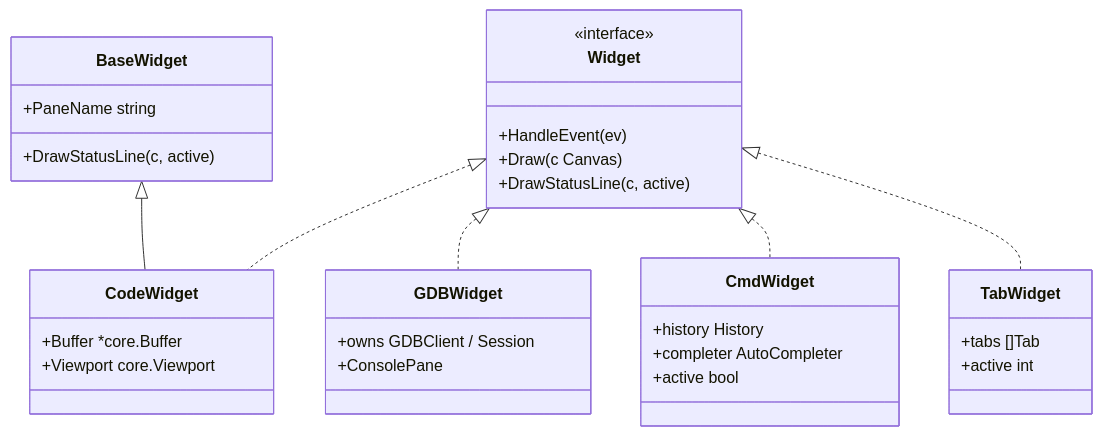
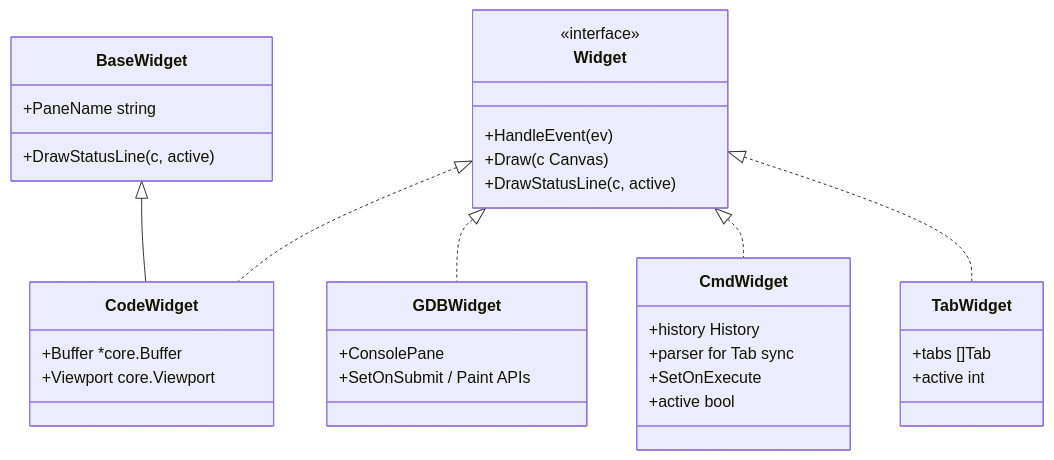
Before and after one commit to yairgd/gdbforge: the first of 7 diagrams in docs/UI_ARCHITECTURE.md, drawn with Mermaid. The commit also changed other lines of this file and 37 other files, not shown here.

First line of the commit message:
Refactor remaining panes to MVC and document the architecture.

````diff
--- a/docs/UI_ARCHITECTURE.md
+++ b/docs/UI_ARCHITECTURE.md
@@ -59,43 +59,44 @@
 ```mermaid
 classDiagram
     direction TB
 
     class Widget {
         <<interface>>
         +HandleEvent(ev)
         +Draw(c Canvas)
         +DrawStatusLine(c, active)
     }
 
     class BaseWidget {
         +PaneName string
         +DrawStatusLine(c, active)
     }
 
     class CodeWidget {
         +Buffer *core.Buffer
         +Viewport core.Viewport
     }
 
     class GDBWidget {
-        +owns GDBClient / Session
         +ConsolePane
+        +SetOnSubmit / Paint APIs
     }
 
     class CmdWidget {
         +history History
-        +completer AutoCompleter
+        +parser for Tab sync
+        +SetOnExecute
         +active bool
     }
 
     class TabWidget {
         +tabs []Tab
         +active int
     }
 
     Widget <|.. CodeWidget
     Widget <|.. GDBWidget
     Widget <|.. CmdWidget
     Widget <|.. TabWidget
     BaseWidget <|-- CodeWidget
 ```
````
